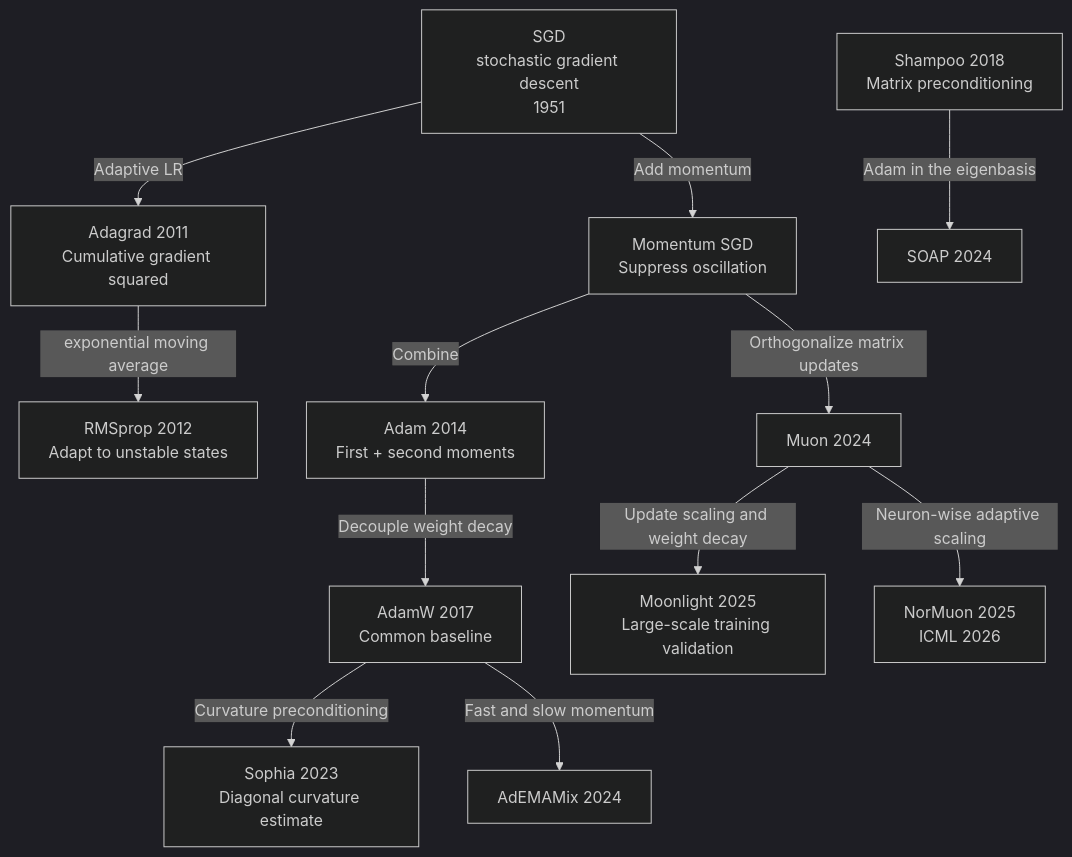
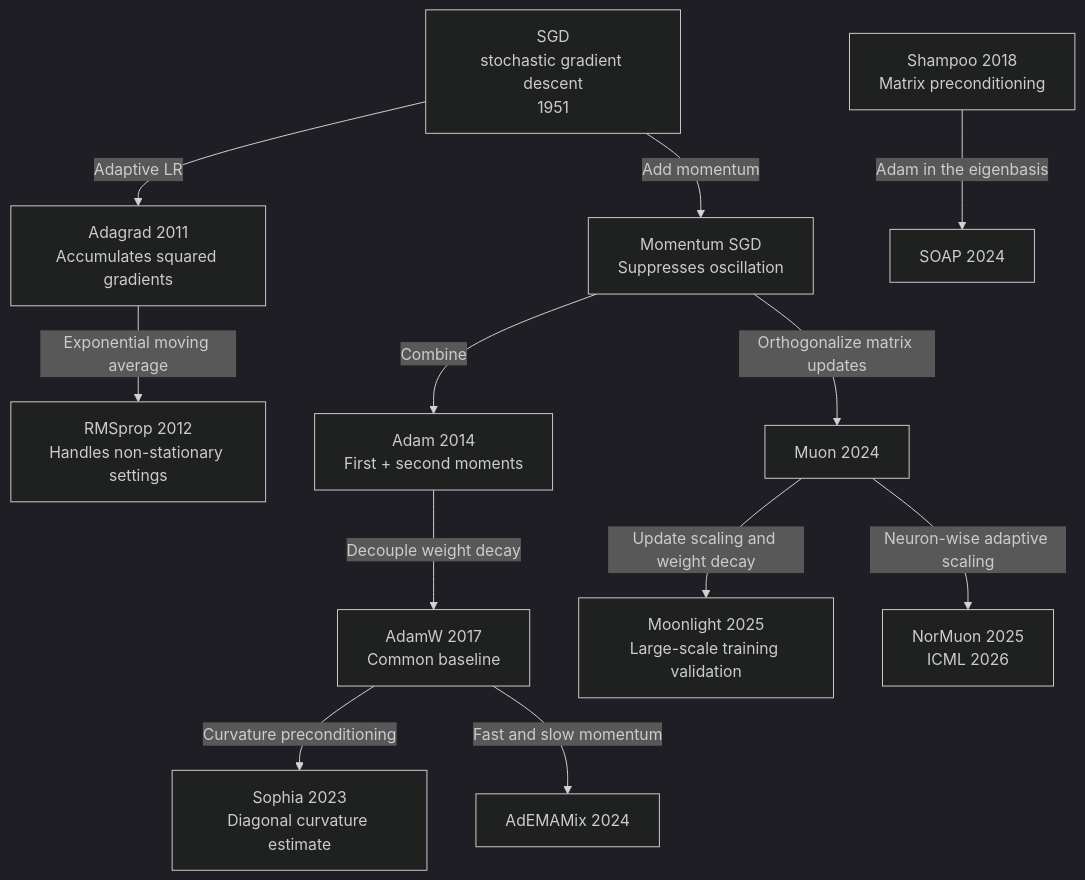
One commit to TingdeLiu/tingdeliu.github.io changed the ninth of 15 diagrams in _translations/en/research/Deep-Learning-Survey.md. Above: the diagram before and after it, drawn with Mermaid (dark theme). The commit also changed other lines of this file and 51 other files, not shown here.

````diff
--- a/_translations/en/research/Deep-Learning-Survey.md
+++ b/_translations/en/research/Deep-Learning-Survey.md
@@ -945,14 +945,14 @@
 ```mermaid
 flowchart TD
-    SGD["SGD<br/>stochastic gradient descent<br/>1951"] -->|"Add momentum"| Momentum["Momentum SGD<br/>Suppress oscillation"]
-    SGD -->|"Adaptive LR"| Adagrad["Adagrad 2011<br/>Cumulative gradient squared"]
-    Adagrad -->|"exponential moving average"| RMSprop["RMSprop 2012<br/>Adapt to unstable states"]
+    SGD["SGD<br/>stochastic gradient descent<br/>1951"] -->|"Add momentum"| Momentum["Momentum SGD<br/>Suppresses oscillation"]
+    SGD -->|"Adaptive LR"| Adagrad["Adagrad 2011<br/>Accumulates squared gradients"]
+    Adagrad -->|"Exponential moving average"| RMSprop["RMSprop 2012<br/>Handles non-stationary settings"]
     Momentum -->|"Combine"| Adam["Adam 2014<br/>First + second moments"]
     Adam -->|"Decouple weight decay"| AdamW["AdamW 2017<br/>Common baseline"]
     AdamW -->|"Curvature preconditioning"| Sophia["Sophia 2023<br/>Diagonal curvature estimate"]
     AdamW -->|"Fast and slow momentum"| AdEMAMix["AdEMAMix 2024"]
     Momentum -->|"Orthogonalize matrix updates"| Muon["Muon 2024"]
     Shampoo["Shampoo 2018<br/>Matrix preconditioning"] -->|"Adam in the eigenbasis"| SOAP["SOAP 2024"]
     Muon -->|"Update scaling and weight decay"| Moonlight["Moonlight 2025<br/>Large-scale training validation"]
     Muon -->|"Neuron-wise adaptive scaling"| NorMuon["NorMuon 2025<br/>ICML 2026"]
 ```
````
